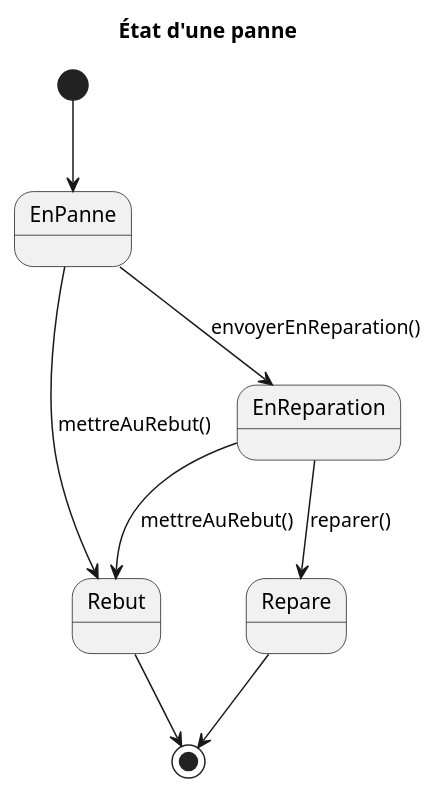
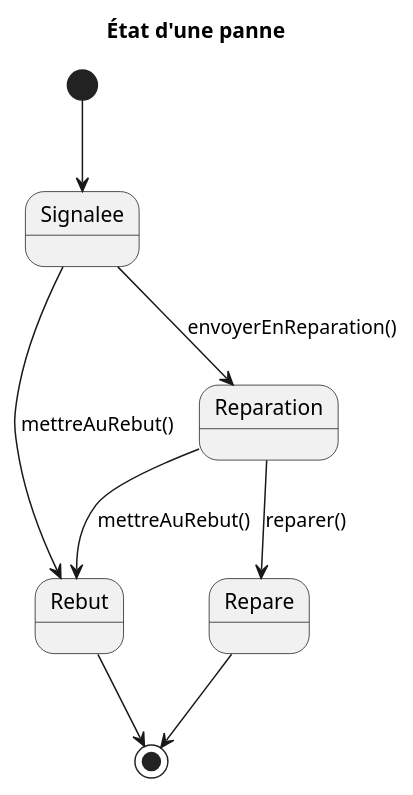
The diagram in docs/1-analysis/stateDiagrams/breakdownStateDiagram.puml (Hugo-COLLIN/MIAGE_CSI_NauticalClub), drawn with PlantUML before and after one commit.

Commit message:
docs: renaming states

```diff
--- a/docs/1-analysis/stateDiagrams/breakdownStateDiagram.puml
+++ b/docs/1-analysis/stateDiagrams/breakdownStateDiagram.puml
@@ -1,11 +1,11 @@
 @startuml
     title État d'une panne
 
-    [*] --> EnPanne
-    EnPanne --> Rebut: mettreAuRebut()
-    EnPanne --> EnReparation: envoyerEnReparation()
-    EnReparation --> Repare: reparer()
-    EnReparation --> Rebut: mettreAuRebut()
+    [*] --> Signalee
+    Signalee --> Rebut: mettreAuRebut()
+    Signalee --> Reparation: envoyerEnReparation()
+    Reparation --> Repare: reparer()
+    Reparation --> Rebut: mettreAuRebut()
     Repare --> [*]
     Rebut --> [*]
 @enduml
```
